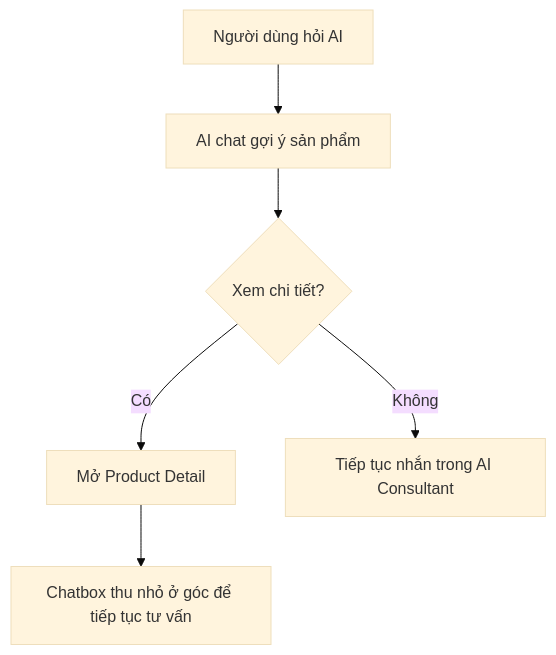
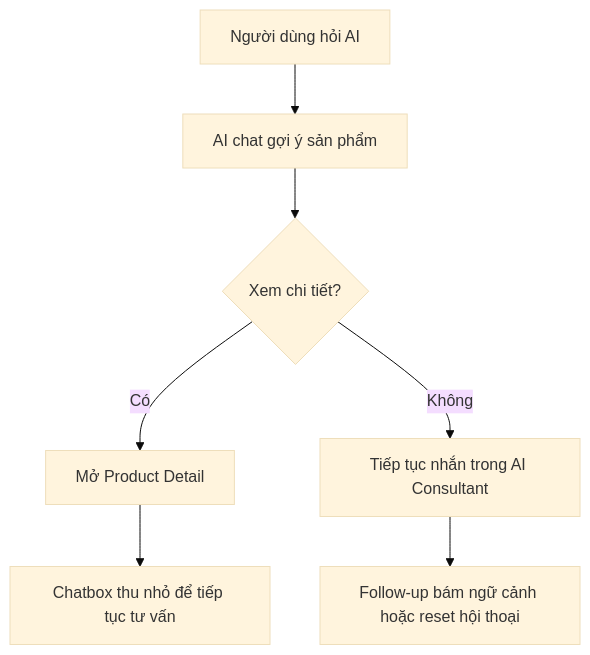
Before and after one commit to QuangFabbier/DATN: the third of 6 diagrams in ecommerce/PROJECT_SUMMARY.md, drawn with Mermaid (base theme). The commit also changed other lines of this file, not shown here.

````diff
--- a/ecommerce/PROJECT_SUMMARY.md
+++ b/ecommerce/PROJECT_SUMMARY.md
@@ -177,8 +163,9 @@
 ```mermaid
 flowchart TD
   A[Người dùng hỏi AI] --> B[AI chat gợi ý sản phẩm]
   B --> C{Xem chi tiết?}
   C -- Có --> D[Mở Product Detail]
-  D --> E[Chatbox thu nhỏ ở góc để tiếp tục tư vấn]
+  D --> E[Chatbox thu nhỏ để tiếp tục tư vấn]
   C -- Không --> F[Tiếp tục nhắn trong AI Consultant]
+  F --> G[Follow-up bám ngữ cảnh hoặc reset hội thoại]
 ```
````
